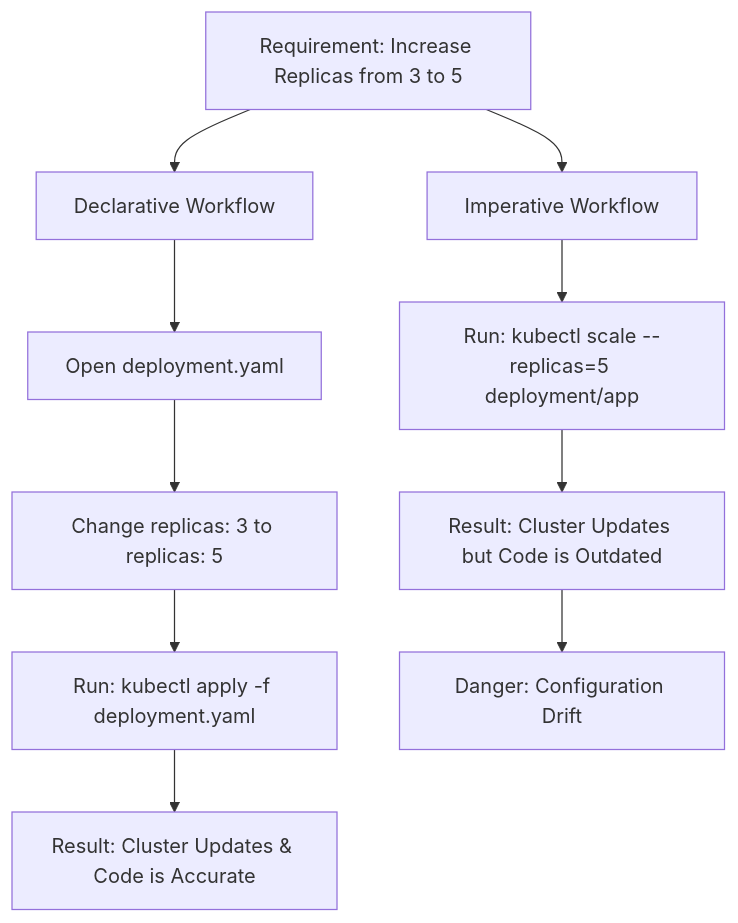
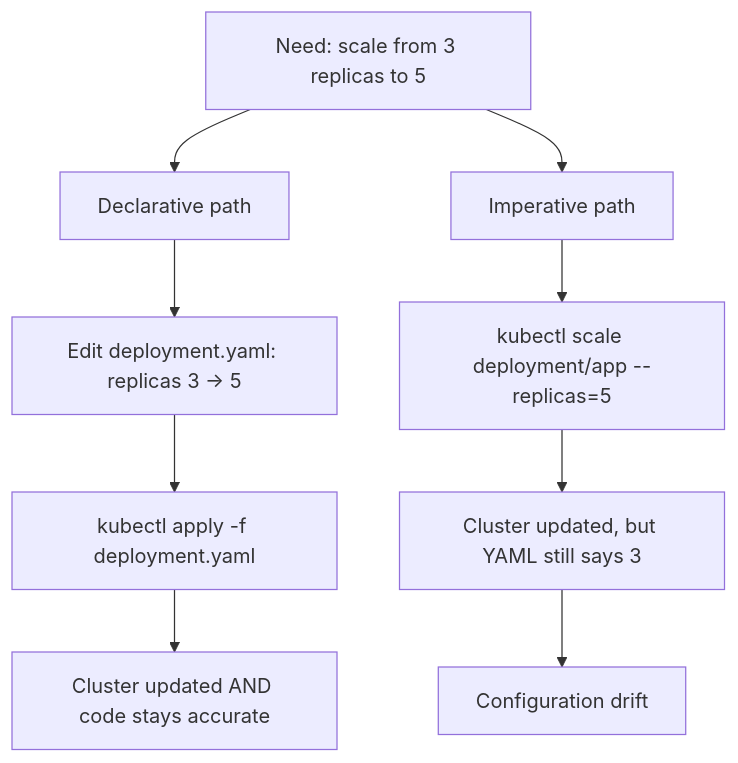
One commit to nirajp82/KubernetesWithAmazon_EKS_Fargate_DevOps changed the diagram in sections/01-kubernetes-basics/14_Declarative_vs._Imperative.md. Above: the diagram before and after it, drawn with Mermaid. The commit also changed other lines of this file and 11 other files, not shown here.

````diff
--- a/sections/01-kubernetes-basics/14_Declarative_vs._Imperative.md
+++ b/sections/01-kubernetes-basics/14_Declarative_vs._Imperative.md
@@ -33,17 +55,15 @@
 ```mermaid
 flowchart TD
-    Start[Requirement: Increase Replicas from 3 to 5]
-    
-    Start --> Dec[Declarative Workflow]
-    Start --> Imp[Imperative Workflow]
-    
-    Dec --> D1[Open deployment.yaml]
-    D1 --> D2[Change replicas: 3 to replicas: 5]
-    D2 --> D3[Run: kubectl apply -f deployment.yaml]
-    D3 --> D4[Result: Cluster Updates & Code is Accurate]
-    
-    Imp --> I1[Run: kubectl scale --replicas=5 deployment/app]
-    I1 --> I2[Result: Cluster Updates but Code is Outdated]
-    I2 --> I3[Danger: Configuration Drift]
+    Start[Need: scale from 3 replicas to 5]
 
+    Start --> Dec[Declarative path]
+    Start --> Imp[Imperative path]
+
+    Dec --> D1[Edit deployment.yaml: replicas 3 -> 5]
+    D1 --> D2[kubectl apply -f deployment.yaml]
+    D2 --> D3[Cluster updated AND code stays accurate]
+
+    Imp --> I1[kubectl scale deployment/app --replicas=5]
+    I1 --> I2[Cluster updated, but YAML still says 3]
+    I2 --> I3[Configuration drift]
 ```
````
